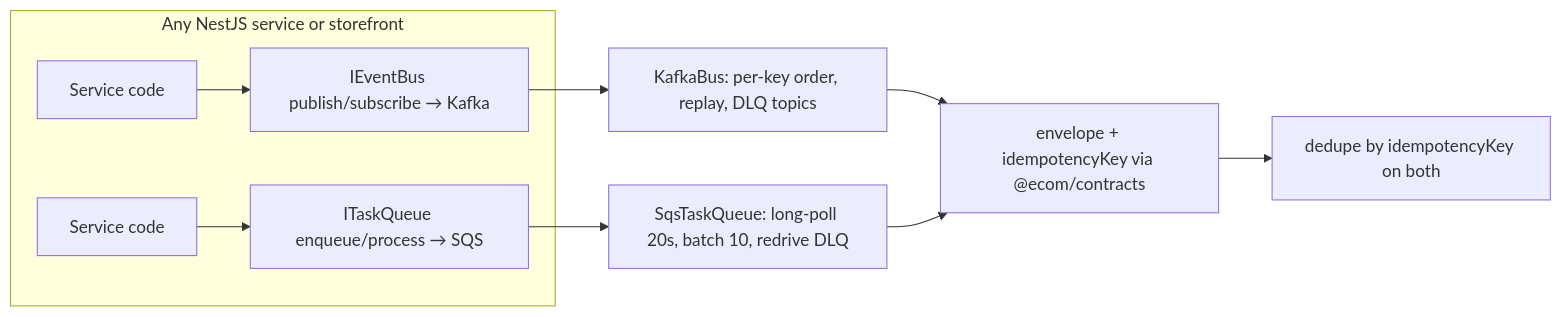
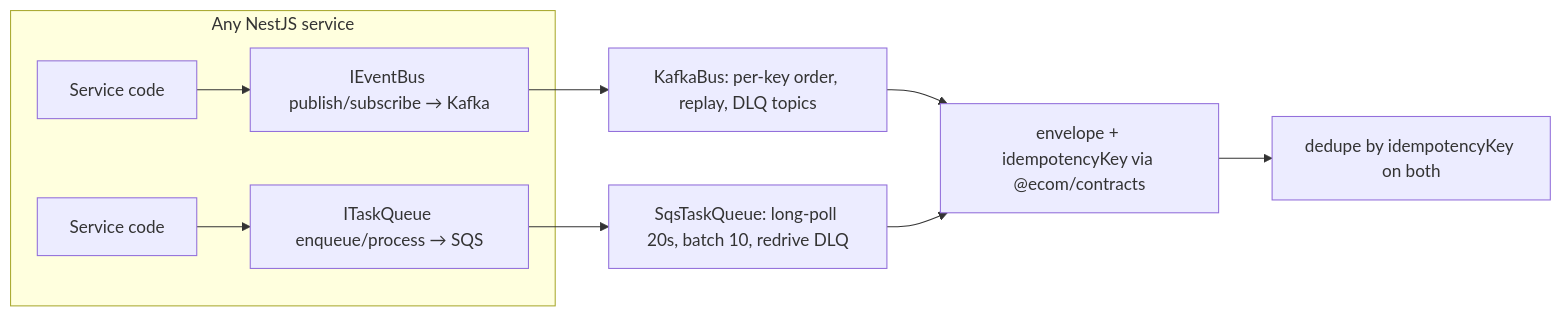
The second of 2 diagrams in 2.Tech-Stack.md (E-Commerce-BDA/Documentation), drawn with Mermaid before and after one commit. The commit also changed other lines of this file, not shown here.

First line of the commit message:
docs(tech-stack): remove the SNS to SQS and storefront Kafka claims

````diff
--- a/2.Tech-Stack.md
+++ b/2.Tech-Stack.md
@@ -181,12 +187,12 @@
 ```mermaid
 flowchart LR
-    subgraph App[Any NestJS service or storefront]
+    subgraph App[Any NestJS service]
         API[Service code] --> I[IEventBus publish/subscribe → Kafka]
         API2[Service code] --> J[ITaskQueue enqueue/process → SQS]
     end
     I --> K[KafkaBus: per-key order, replay, DLQ topics]
     J --> S[SqsTaskQueue: long-poll 20s, batch 10, redrive DLQ]
     K --> ENV[envelope + idempotencyKey via @ecom/contracts]
     S --> ENV
     ENV --> DEDUPE[dedupe by idempotencyKey on both]
 ```
````
